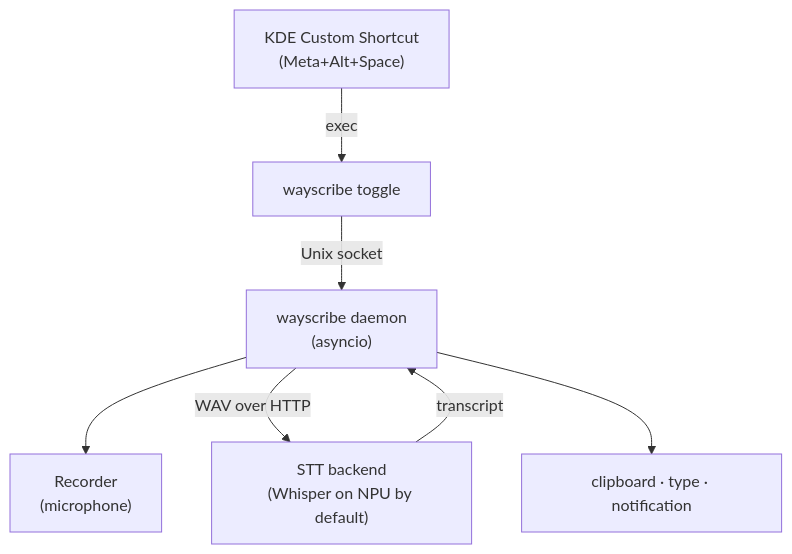
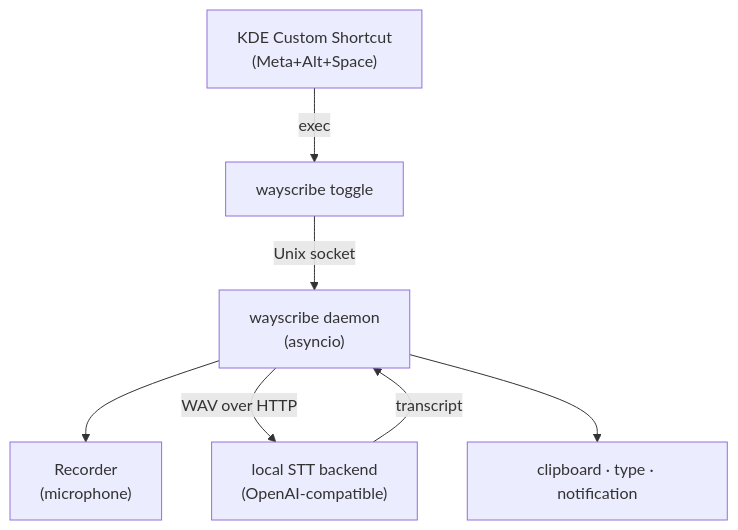
One commit to vlad4run/wayscribe changed the diagram in README.md. Above: the diagram before and after it, drawn with Mermaid. The commit also changed other lines of this file and 1 other file, not shown here.

First line of the commit message:
docs: de-emphasize NPU in README, document new features in dev docs

````diff
--- a/README.md
+++ b/README.md
@@ -21,9 +24,9 @@
 ```mermaid
 flowchart TD
     KDE["KDE Custom Shortcut<br/>(Meta+Alt+Space)"] -->|exec| Toggle["wayscribe toggle"]
     Toggle -->|Unix socket| Daemon["wayscribe daemon<br/>(asyncio)"]
     Daemon --> Recorder["Recorder<br/>(microphone)"]
-    Daemon -->|WAV over HTTP| Backend["STT backend<br/>(Whisper on NPU by default)"]
+    Daemon -->|WAV over HTTP| Backend["local STT backend<br/>(OpenAI-compatible)"]
     Backend -->|transcript| Daemon
     Daemon --> Output["clipboard · type · notification"]
 ```
````
